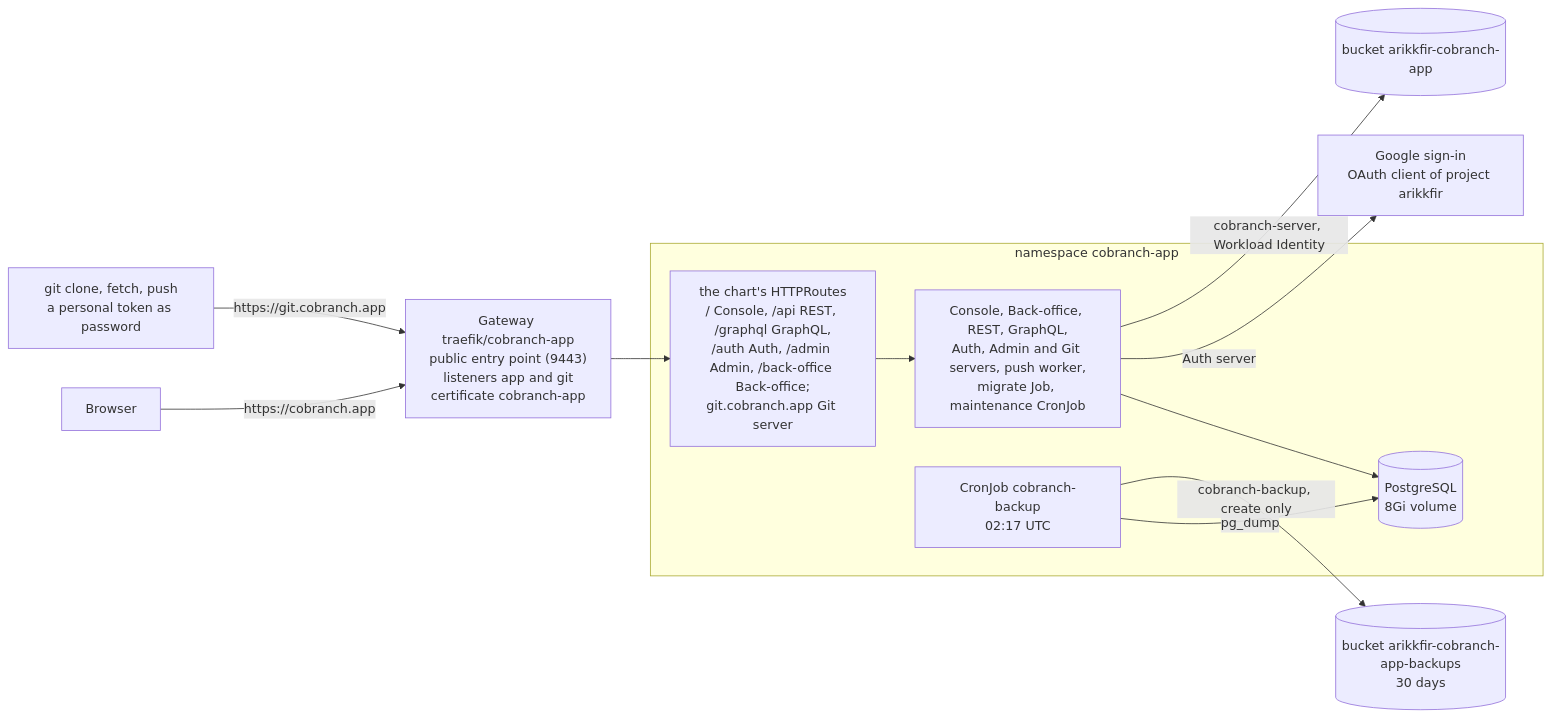
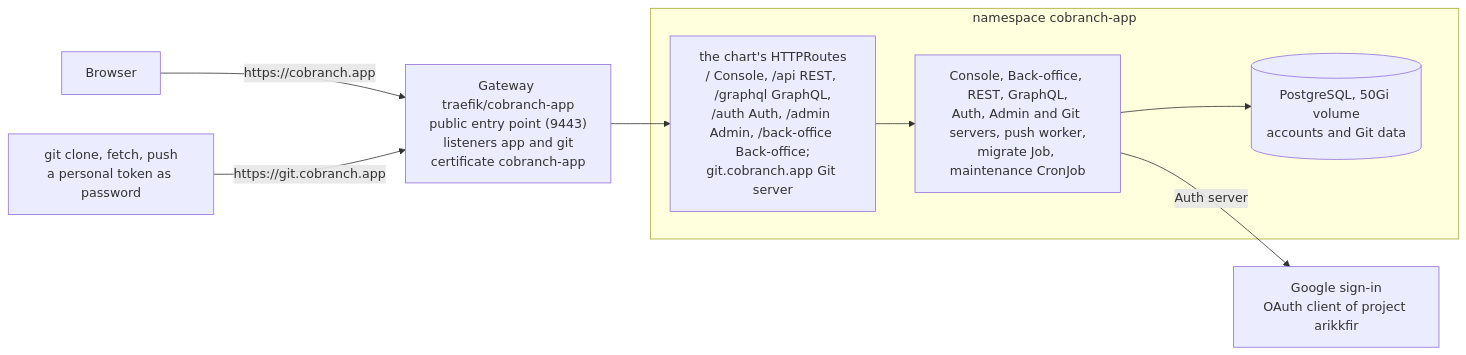
Before and after one commit to arikkfir-org/delivery: the first of 3 diagrams in docs/delivery/designs/cobranch-app.md, drawn with Mermaid. The commit also changed other lines of this file and 8 other files, not shown here.

First line of the commit message:
feat(cobranch-app): keep Git data in PostgreSQL, with no backups yet

````diff
--- a/docs/delivery/designs/cobranch-app.md
+++ b/docs/delivery/designs/cobranch-app.md
@@ -11,18 +11,14 @@
 ```mermaid
 flowchart LR
   User["Browser"] -- "https://cobranch.app" --> GW
   Git["git clone, fetch, push<br/>a personal token as password"] -- "https://git.cobranch.app" --> GW
   GW["Gateway traefik/cobranch-app<br/>public entry point (9443)<br/>listeners app and git<br/>certificate cobranch-app"]
   subgraph ns["namespace cobranch-app"]
     R["the chart's HTTPRoutes<br/>/ Console, /api REST, /graphql GraphQL,<br/>/auth Auth, /admin Admin, /back-office Back-office;<br/>git.cobranch.app Git server"]
     W["Console, Back-office, REST, GraphQL,<br/>Auth, Admin and Git servers, push worker,<br/>migrate Job, maintenance CronJob"]
-    PG[("PostgreSQL<br/>8Gi volume")]
-    BK["CronJob cobranch-backup<br/>02:17 UTC"]
+    PG[("PostgreSQL, 50Gi volume<br/>accounts and Git data")]
   end
   GW --> R --> W
   W --> PG
   W -- "Auth server" --> Google["Google sign-in<br/>OAuth client of project arikkfir"]
-  W -- "cobranch-server, Workload Identity" --> B1[("bucket arikkfir-cobranch-app")]
-  BK -- "pg_dump" --> PG
-  BK -- "cobranch-backup, create only" --> B2[("bucket arikkfir-cobranch-app-backups<br/>30 days")]
 ```
````
